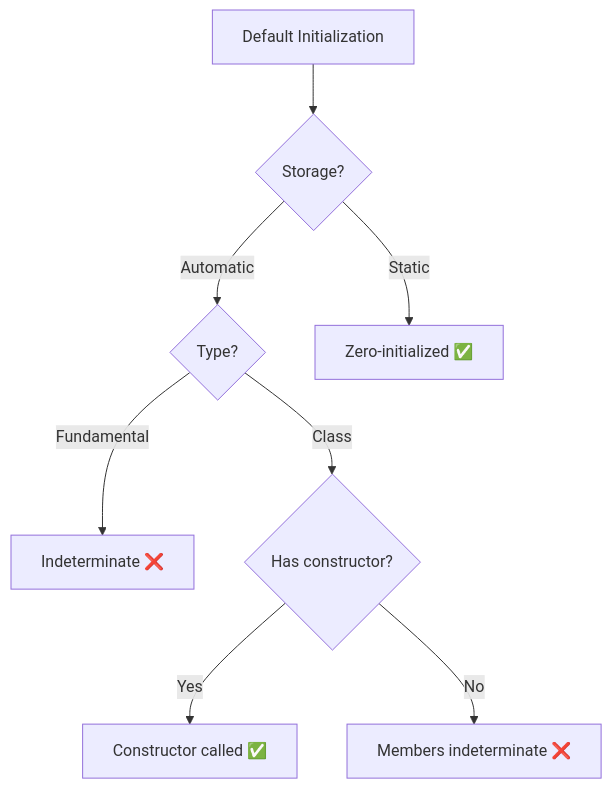
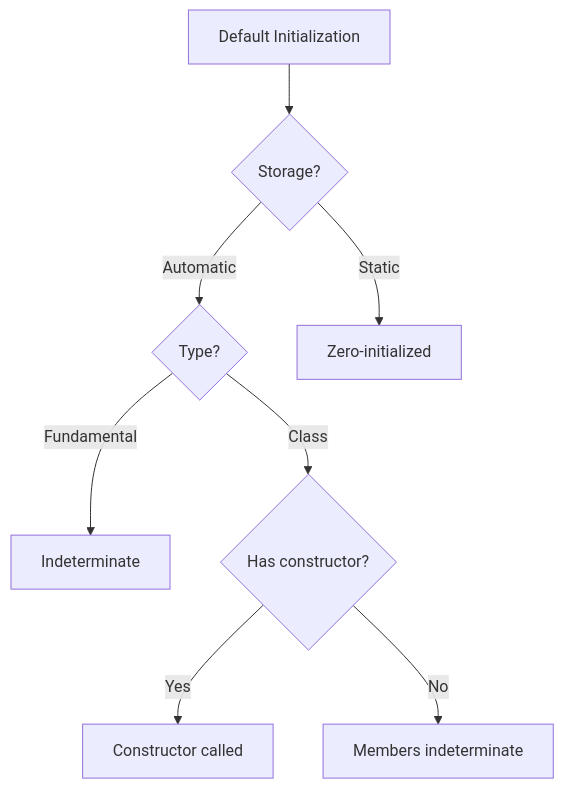
Before and after one commit to AndriiSonsiadlo/knowledge-base: the diagram in docs/programming/cpp/05-memory-and-object-lifetime/initialization/default-initialization.md, drawn with Mermaid. The commit also changed other lines of this file and 12 other files, not shown here.

````diff
--- a/docs/programming/cpp/05-memory-and-object-lifetime/initialization/default-initialization.md
+++ b/docs/programming/cpp/05-memory-and-object-lifetime/initialization/default-initialization.md
@@ -168,12 +168,12 @@
 ```mermaid
 graph TD
     A["Default Initialization"] --> B{"Storage?"}
     B -->|Automatic| C{"Type?"}
-    B -->|Static| D["Zero-initialized ✅"]
+    B -->|Static| D["Zero-initialized"]
     
-    C -->|Fundamental| E["Indeterminate ❌"]
+    C -->|Fundamental| E["Indeterminate"]
     C -->|Class| F{"Has constructor?"}
     
-    F -->|Yes| G["Constructor called ✅"]
-    F -->|No| H["Members indeterminate ❌"]
+    F -->|Yes| G["Constructor called"]
+    F -->|No| H["Members indeterminate"]
 ```
````
